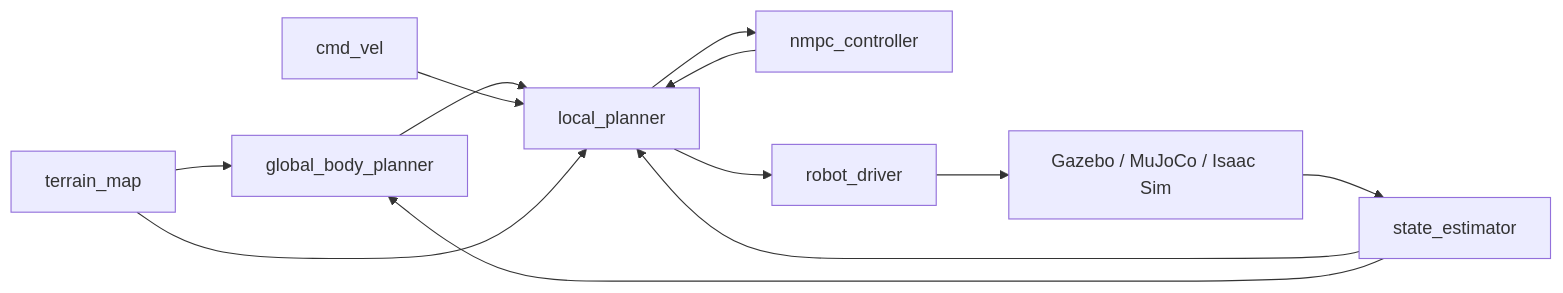
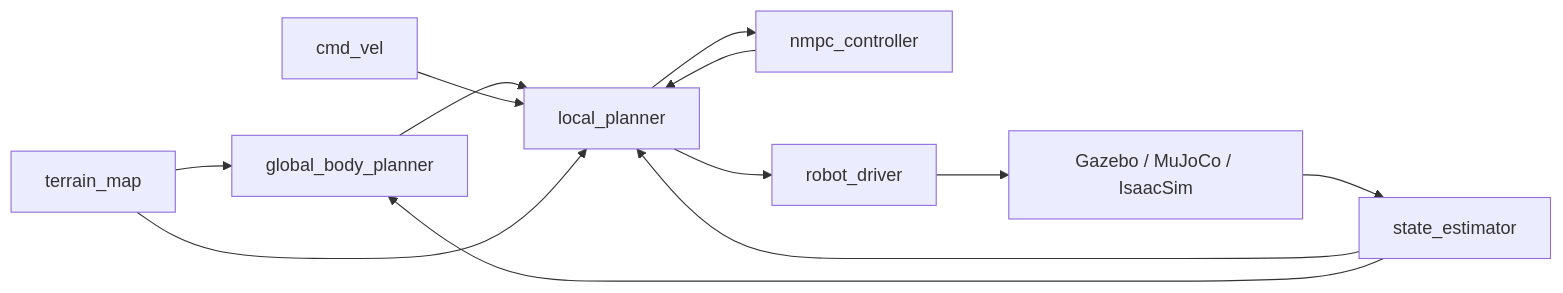
One commit to robomechanics/quad-sdk changed the diagram in docs/getting-started/quickstart.md. Above: the diagram before and after it, drawn with Mermaid. The commit also changed other lines of this file and 19 other files, not shown here.

````diff
--- a/docs/getting-started/quickstart.md
+++ b/docs/getting-started/quickstart.md
@@ -133,14 +133,14 @@
 ```mermaid
 flowchart LR
   GP[global_body_planner] --> LP[local_planner]
   LP --> NMPC[nmpc_controller]
   NMPC --> LP
   LP --> RD[robot_driver]
-  RD --> SIM[Gazebo / MuJoCo / Isaac Sim]
+  RD --> SIM[Gazebo / MuJoCo / IsaacSim]
   SIM --> EST[state_estimator]
   EST --> LP
   EST --> GP
   CMD[cmd_vel] --> LP
   TM[terrain_map] --> GP
   TM --> LP
 ```
````
